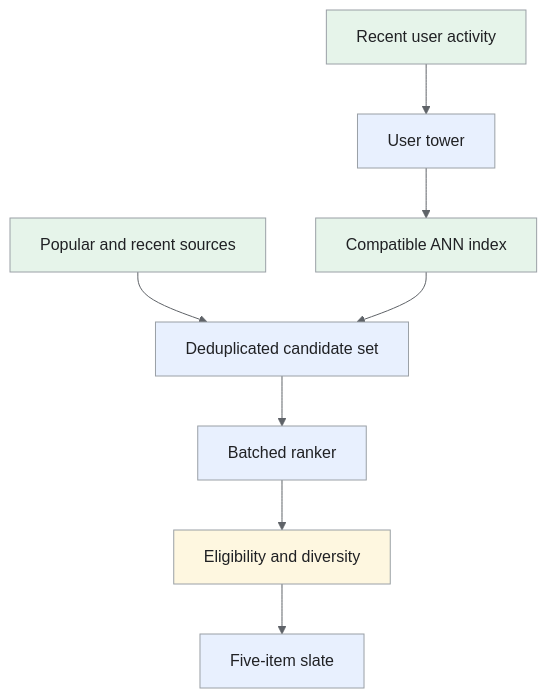
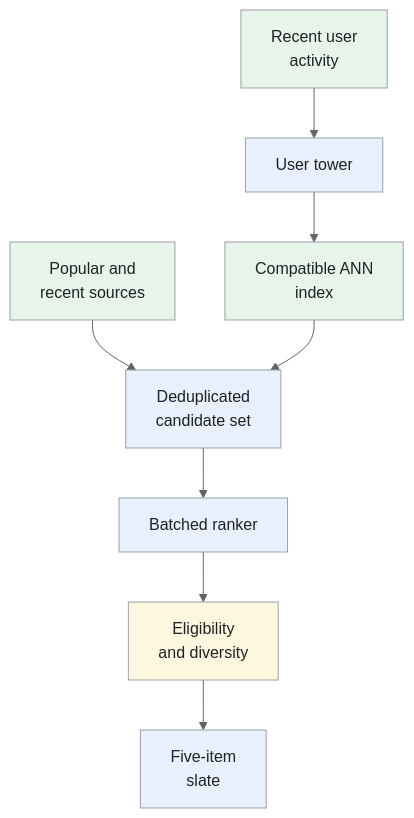
Before and after one commit to iliazlobin/iliazlobin.github.io: the fourth of 5 diagrams in _designs/video-recommendations.md, drawn with Mermaid. The commit also changed other lines of this file and 116 other files, not shown here.

````diff
--- a/_designs/video-recommendations.md
+++ b/_designs/video-recommendations.md
@@ -248,18 +274,18 @@
 ```mermaid
-%%{init: {'theme':'base','themeVariables':{'primaryColor':'#e8f0fe','primaryTextColor':'#202124','primaryBorderColor':'#9aa0a6','lineColor':'#5f6368','secondaryColor':'#e6f4ea','tertiaryColor':'#fef7e0','actorBkg':'#e8f0fe','actorBorder':'#9aa0a6','actorTextColor':'#202124','noteBkgColor':'#fef7e0','noteTextColor':'#202124','noteBorderColor':'#9aa0a6','signalColor':'#5f6368','signalTextColor':'#202124','labelBoxBkgColor':'#fef7e0','labelBoxBorderColor':'#9aa0a6'}}}%%
+%%{init: {"theme":"base","themeVariables":{"primaryColor":"#e8f0fe","primaryBorderColor":"#9aa0a6","primaryTextColor":"#202124","secondaryColor":"#e6f4ea","tertiaryColor":"#fef7e0","lineColor":"#5f6368","actorBkg":"#e8f0fe","actorBorder":"#9aa0a6","actorTextColor":"#202124","noteBkgColor":"#fef7e0","noteBorderColor":"#9aa0a6","noteTextColor":"#202124","signalColor":"#5f6368","signalTextColor":"#202124"}}}%%
 flowchart TB
-    H["Recent user activity"] --> U["User tower"]
-    U --> A["Compatible ANN index"]
-    P["Popular and recent sources"] --> M["Deduplicated candidate set"]
+    H["Recent user<br>activity"] --> U["User tower"]
+    U --> A["Compatible ANN<br>index"]
+    P["Popular and<br>recent sources"] --> M["Deduplicated<br>candidate set"]
     A --> M
     M --> R["Batched ranker"]
-    R --> D["Eligibility and diversity"]
-    D --> S["Five-item slate"]
+    R --> D["Eligibility<br>and diversity"]
+    D --> S["Five-item<br>slate"]
 classDef request fill:#e8f0fe,stroke:#9aa0a6,color:#202124;
 classDef data fill:#e6f4ea,stroke:#9aa0a6,color:#202124;
 classDef control fill:#fef7e0,stroke:#9aa0a6,color:#202124;
 class U,M,R,S request;
 class H,A,P data;
 class D control;
 
 ```
````
